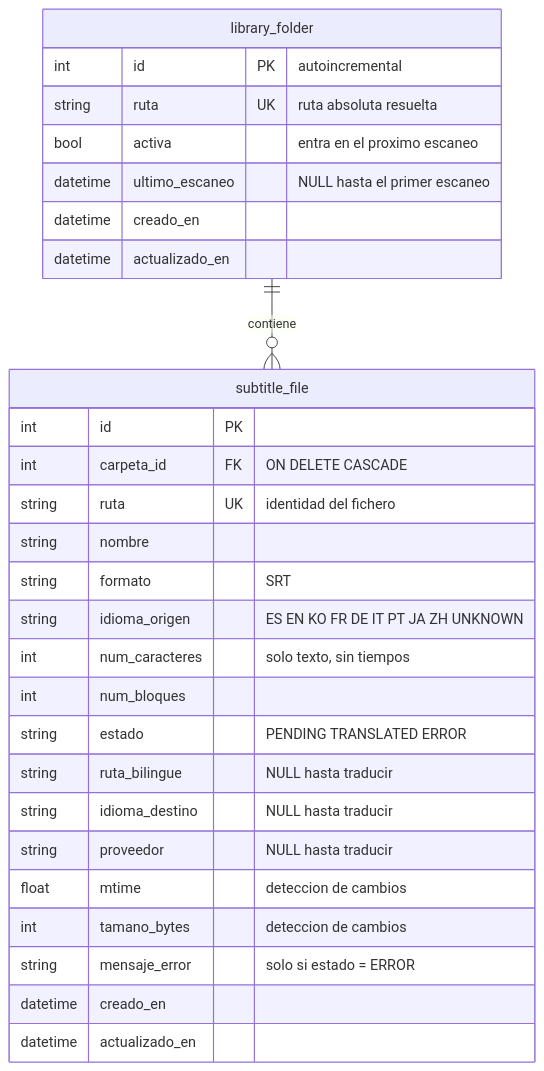
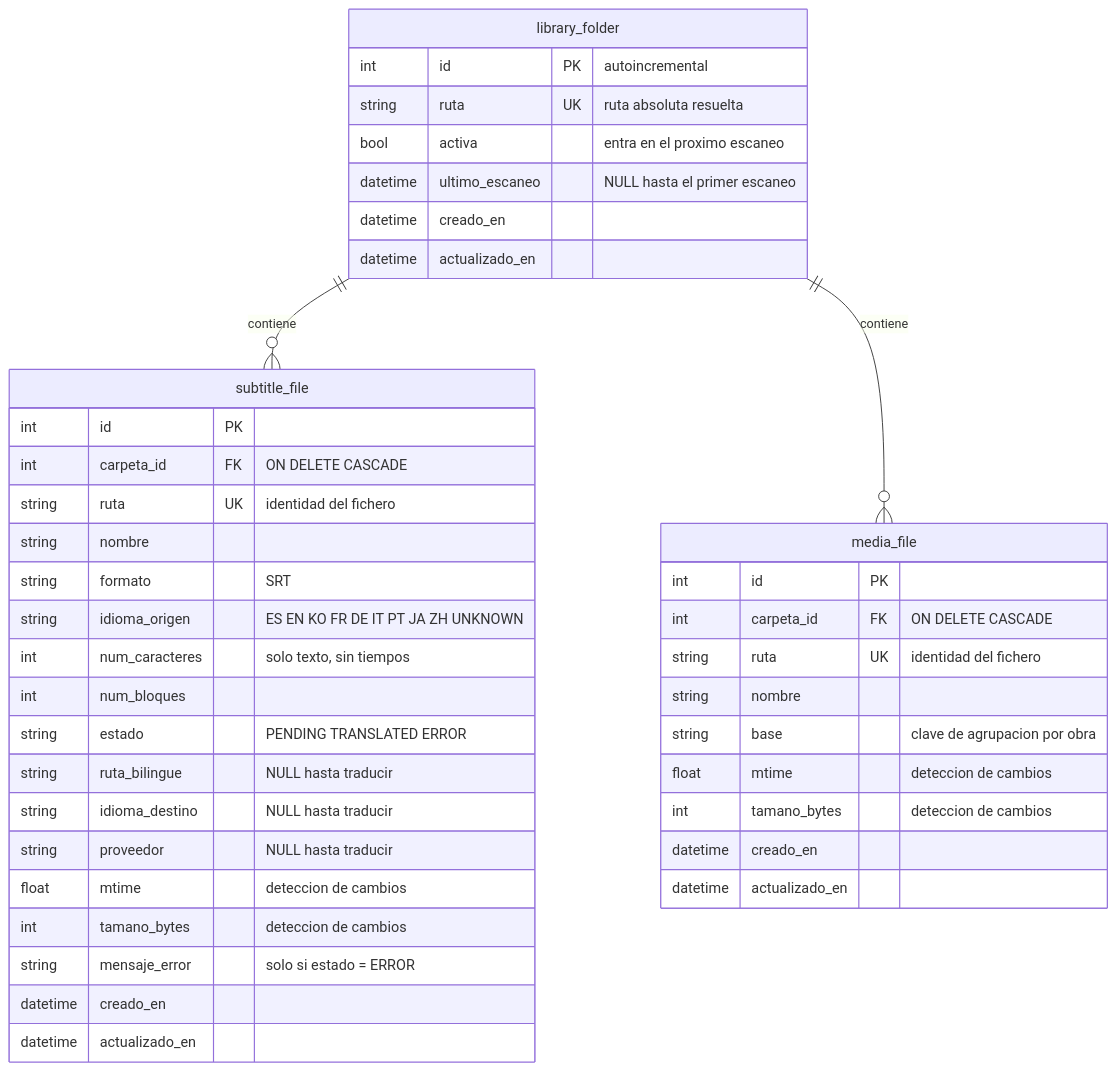
Before and after one commit to C4rl3s/srt-bilingual: the diagram in docs/modelo-datos.md, drawn with Mermaid. The commit also changed other lines of this file and 31 other files, not shown here.

````diff
--- a/docs/modelo-datos.md
+++ b/docs/modelo-datos.md
@@ -27,33 +27,46 @@
 ```mermaid
 erDiagram
     library_folder ||--o{ subtitle_file : "contiene"
+    library_folder ||--o{ media_file : "contiene"
+
+    media_file {
+        int      id             PK
+        int      carpeta_id     FK "ON DELETE CASCADE"
+        string   ruta           UK "identidad del fichero"
+        string   nombre
+        string   base              "clave de agrupacion por obra"
+        float    mtime             "deteccion de cambios"
+        int      tamano_bytes      "deteccion de cambios"
+        datetime creado_en
+        datetime actualizado_en
+    }
 
     library_folder {
         int      id             PK "autoincremental"
         string   ruta           UK "ruta absoluta resuelta"
         bool     activa            "entra en el proximo escaneo"
         datetime ultimo_escaneo    "NULL hasta el primer escaneo"
         datetime creado_en
         datetime actualizado_en
     }
 
     subtitle_file {
         int      id             PK
         int      carpeta_id     FK "ON DELETE CASCADE"
         string   ruta           UK "identidad del fichero"
         string   nombre
         string   formato           "SRT"
         string   idioma_origen     "ES EN KO FR DE IT PT JA ZH UNKNOWN"
         int      num_caracteres    "solo texto, sin tiempos"
         int      num_bloques
         string   estado            "PENDING TRANSLATED ERROR"
         string   ruta_bilingue     "NULL hasta traducir"
         string   idioma_destino    "NULL hasta traducir"
         string   proveedor         "NULL hasta traducir"
         float    mtime             "deteccion de cambios"
         int      tamano_bytes      "deteccion de cambios"
         string   mensaje_error     "solo si estado = ERROR"
         datetime creado_en
         datetime actualizado_en
     }
 ```
````
